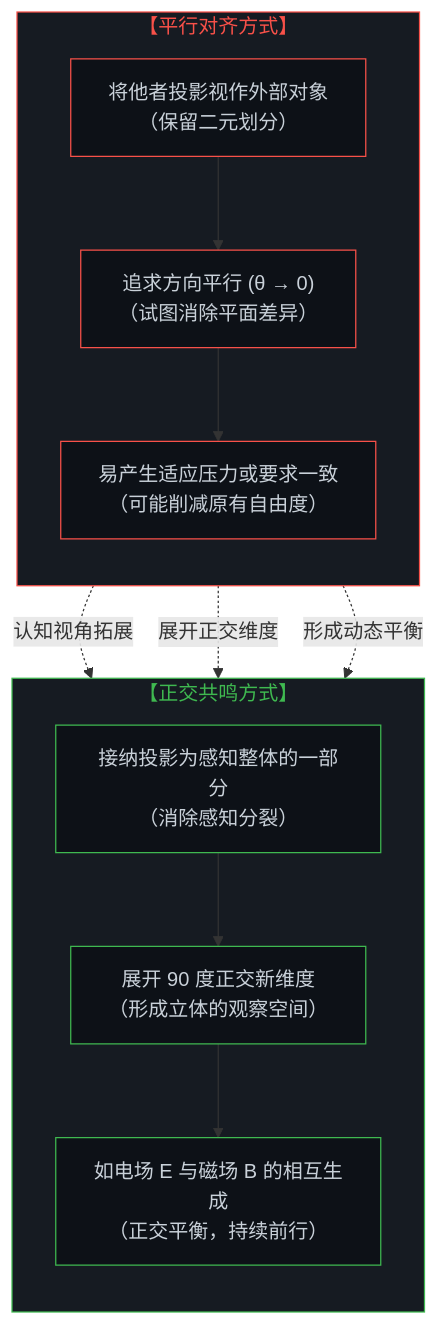
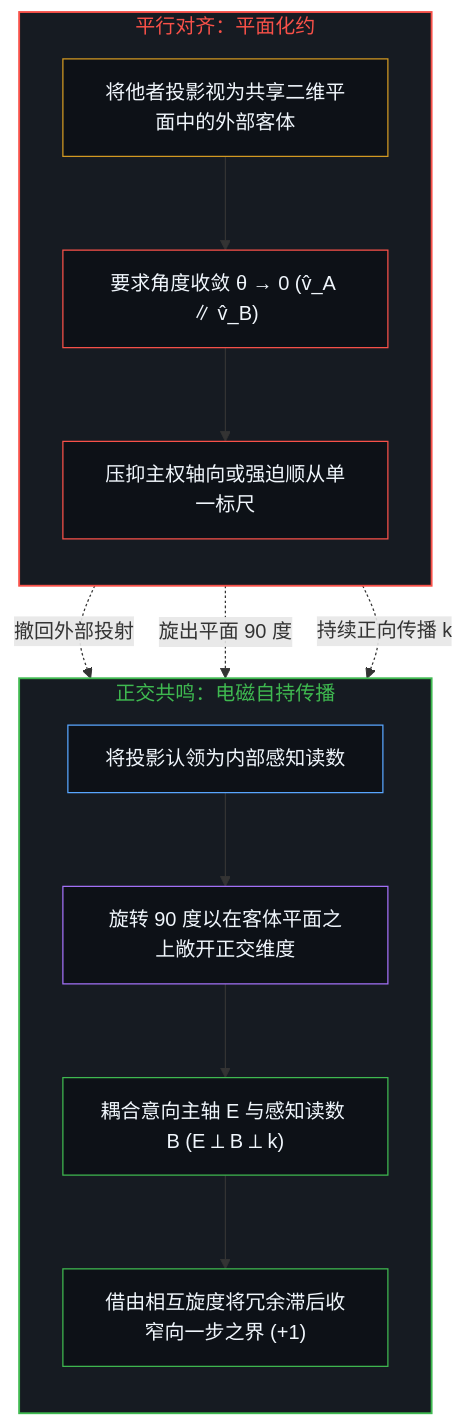
Before and after one commit to powerpig99/not-a-toe: the seventh of 8 diagrams in content/posts/the-mind-as-vector-and-coordinate-system.md, drawn with Mermaid. The commit also changed other lines of this file and 1 other file, not shown here.

````diff
--- a/content/posts/the-mind-as-vector-and-coordinate-system.md
+++ b/content/posts/the-mind-as-vector-and-coordinate-system.md
@@ -228,31 +235,33 @@
 ```mermaid
-graph TD
-    subgraph S_Duality["【平行对齐方式】"]
+flowchart TD
+    subgraph S_Parallel["平行对齐：平面化约"]
         direction TB
-        P1["将他者投影视作外部对象<br>（保留二元划分）"]
-        P2["追求方向平行 (θ → 0)<br>（试图消除平面差异）"]
-        P3["易产生适应压力或要求一致<br>（可能削减原有自由度）"]
+        P1["将他者投影视为共享二维平面中的外部客体"]
+        P2["要求角度收敛 θ → 0 (v̂_A ∥ v̂_B)"]
+        P3["压抑主权轴向或强迫顺从单一标尺"]
         P1 --> P2 --> P3
     end
 
-    subgraph S_EM["【正交共鸣方式】"]
+    subgraph S_Ortho["正交共鸣：电磁自持传播"]
         direction TB
-        E1["接纳投影为感知整体的一部分<br>（消除感知分裂）"]
-        E2["展开 90 度正交新维度<br>（形成立体的观察空间）"]
-        E3["如电场 E 与磁场 B 的相互生成<br>（正交平衡，持续前行）"]
-        E1 --> E2 --> E3
+        E1["将投影认领为内部感知读数"]
+        E2["旋转 90 度以在客体平面之上敞开正交维度"]
+        E3["耦合意向主轴 E 与感知读数 B (E ⟂ B ⟂ k)"]
+        E4["借由相互旋度将冗余滞后收窄向一步之界 (+1)"]
+        E1 --> E2 --> E3 --> E4
     end
 
-    P1 -.->|"认知视角拓展"| E1
-    P2 -.->|"展开正交维度"| E2
-    P3 -.->|"形成动态平衡"| E3
+    P1 -.->|"撤回外部投射"| E1
+    P2 -.->|"旋出平面 90 度"| E2
+    P3 -.->|"持续正向传播 k"| E4
 
-    style S_Duality fill:#161b22,stroke:#f85149,stroke-width:1px,color:#f85149
-    style S_EM fill:#161b22,stroke:#3fb950,stroke-width:1px,color:#3fb950
-    style P1 fill:#0d1117,stroke:#f85149,stroke-width:1px,color:#c9d1d9
-    style P2 fill:#0d1117,stroke:#f85149,stroke-width:1px,color:#c9d1d9
-    style P3 fill:#0d1117,stroke:#f85149,stroke-width:1px,color:#c9d1d9
-    style E1 fill:#0d1117,stroke:#3fb950,stroke-width:1px,color:#c9d1d9
-    style E2 fill:#0d1117,stroke:#3fb950,stroke-width:1px,color:#c9d1d9
-    style E3 fill:#0d1117,stroke:#3fb950,stroke-width:1px,color:#c9d1d9
+    style S_Parallel fill:#161b22,stroke:#f85149,stroke-width:1.5px,color:#f85149
+    style S_Ortho fill:#161b22,stroke:#3fb950,stroke-width:1.5px,color:#3fb950
+    style P1 fill:#0d1117,stroke:#d29922,stroke-width:1px,color:#f0f6fc
+    style P2 fill:#0d1117,stroke:#f85149,stroke-width:1px,color:#f0f6fc
+    style P3 fill:#0d1117,stroke:#f85149,stroke-width:1px,color:#f0f6fc
+    style E1 fill:#0d1117,stroke:#58a6ff,stroke-width:1px,color:#f0f6fc
+    style E2 fill:#0d1117,stroke:#a371f7,stroke-width:1px,color:#f0f6fc
+    style E3 fill:#0d1117,stroke:#3fb950,stroke-width:1px,color:#f0f6fc
+    style E4 fill:#0d1117,stroke:#3fb950,stroke-width:1px,color:#f0f6fc
 ```
````
